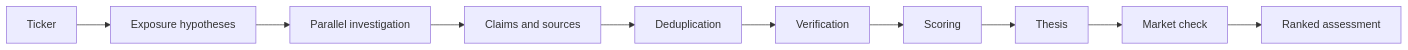
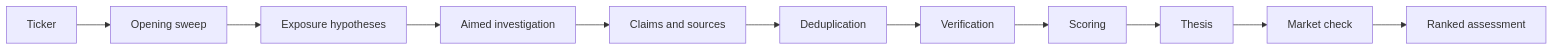
Before and after one commit to Jr-kenny/stockintel: the second of 2 diagrams in README.md, drawn with Mermaid. The commit also changed other lines of this file, not shown here.

````diff
--- a/README.md
+++ b/README.md
@@ -39,12 +41,13 @@
 ```mermaid
 flowchart LR
-    Q[Ticker] --> H[Exposure hypotheses]
-    H --> PI[Parallel investigation]
+    Q[Ticker] --> SW[Opening sweep]
+    SW --> H[Exposure hypotheses]
+    H --> PI[Aimed investigation]
     PI --> CS[Claims and sources]
     CS --> D[Deduplication]
     D --> V2[Verification]
     V2 --> SC[Scoring]
     SC --> TH[Thesis]
     TH --> MC[Market check]
     MC --> MIA[Ranked assessment]
 ```
````
